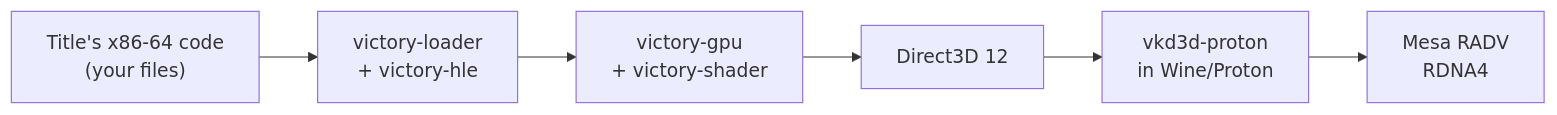
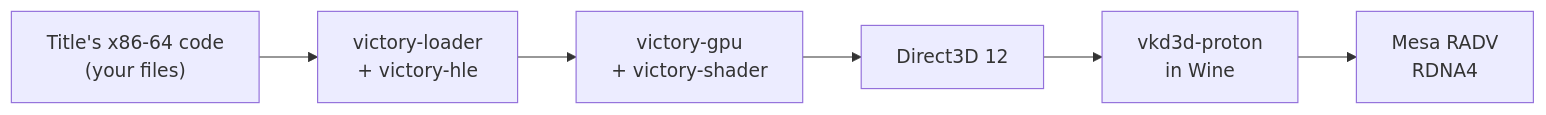
One commit to oguska/Scarlight changed the diagram in README.md. Above: the diagram before and after it, drawn with Mermaid. The commit also changed other lines of this file and 1 other file, not shown here.

````diff
--- a/README.md
+++ b/README.md
@@ -29,6 +26,6 @@
 ```mermaid
 flowchart LR
     A["Title's x86-64 code<br/>(your files)"] --> B["victory-loader<br/>+ victory-hle"]
     B --> C["victory-gpu<br/>+ victory-shader"]
-    C --> D["Direct3D 12"] --> E["vkd3d-proton<br/>in Wine/Proton"] --> F["Mesa RADV<br/>RDNA4"]
+    C --> D["Direct3D 12"] --> E["vkd3d-proton<br/>in Wine"] --> F["Mesa RADV<br/>RDNA4"]
 ```
````
